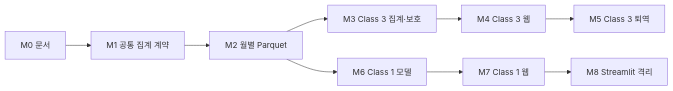
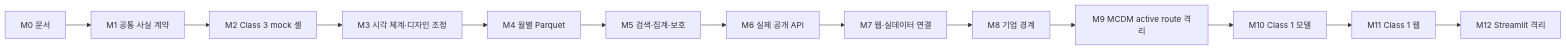
The diagram in docs/migration/streamlit-to-web-plan.md (gal0iso413/nids-medical-device-bigdata), drawn with Mermaid before and after one commit. The commit also changed other lines of this file and 3 other files, not shown here.

````diff
--- a/docs/migration/streamlit-to-web-plan.md
+++ b/docs/migration/streamlit-to-web-plan.md
@@ -215,6 +273,8 @@
 ```mermaid
 flowchart LR
-    M0["M0 문서"] --> M1["M1 공통 집계 계약"] --> M2["M2 월별 Parquet"]
-    M2 --> M3["M3 Class 3 집계·보호"] --> M4["M4 Class 3 웹"] --> M5["M5 Class 3 퇴역"]
-    M2 --> M6["M6 Class 1 모델"] --> M7["M7 Class 1 웹"] --> M8["M8 Streamlit 격리"]
+    M0["M0 문서"] --> M1["M1 공통 사실 계약"] --> M2["M2 Class 3 mock 셸"]
+    M2 --> M3["M3 시각 체계·디자인 조정"] --> M4["M4 월별 Parquet"]
+    M4 --> M5["M5 검색·집계·보호"] --> M6["M6 실제 공개 API"] --> M7["M7 웹·실데이터 연결"]
+    M7 --> M8["M8 기업 경계"] --> M9["M9 MCDM active route 격리"]
+    M9 --> M10["M10 Class 1 모델"] --> M11["M11 Class 1 웹"] --> M12["M12 Streamlit 격리"]
 ```
````
